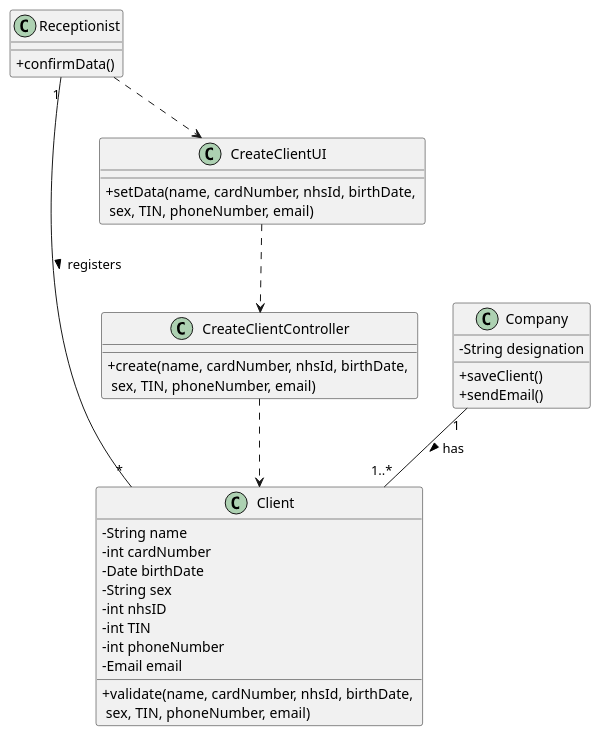
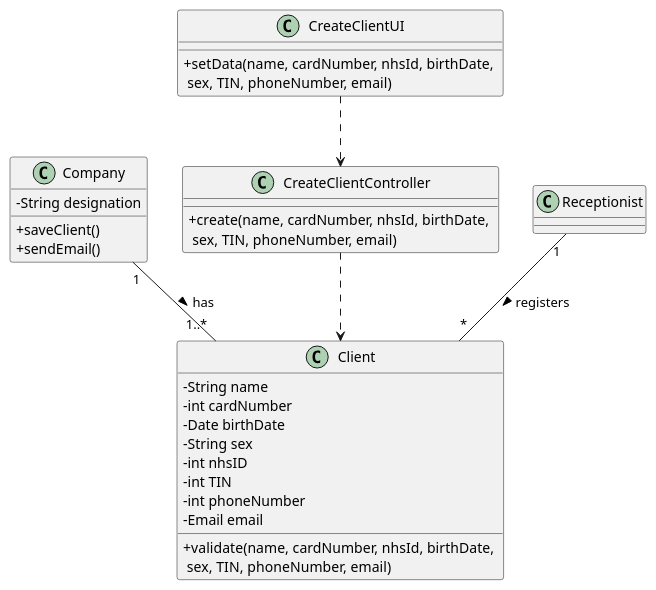
The diagram in docs/SprintC/US3/US3_CD.puml (MadDinosaur/ISEP-LAPR2), drawn with PlantUML before and after one commit. The commit also changed 6 other files, not shown here.

```diff
--- a/docs/SprintC/US3/US3_CD.puml
+++ b/docs/SprintC/US3/US3_CD.puml
@@ -1,39 +1,35 @@
 @startuml
 
 skinparam classAttributeIconSize 0
 
 class Client {
 -String name
 -int cardNumber
 -Date birthDate
 -String sex
 -int nhsID
 -int TIN
 -int phoneNumber
 -Email email
 +validate(name, cardNumber, nhsId, birthDate, \n sex, TIN, phoneNumber, email)
 }
-class Receptionist {
-+confirmData()
-}
 class Company{
 -String designation
 +saveClient()
 +sendEmail()
 }
 class CreateClientUI{
 +setData(name, cardNumber, nhsId, birthDate, \n sex, TIN, phoneNumber, email)
 }
 class CreateClientController{
 +create(name, cardNumber, nhsId, birthDate, \n sex, TIN, phoneNumber, email)
 }
 
-Receptionist ..> CreateClientUI
 CreateClientUI ..> CreateClientController
 CreateClientController ..> Client
 Receptionist "1"--"*" Client : registers >
 Company "1"--"1..*" Client : has >
 
 
 
 @enduml
```
